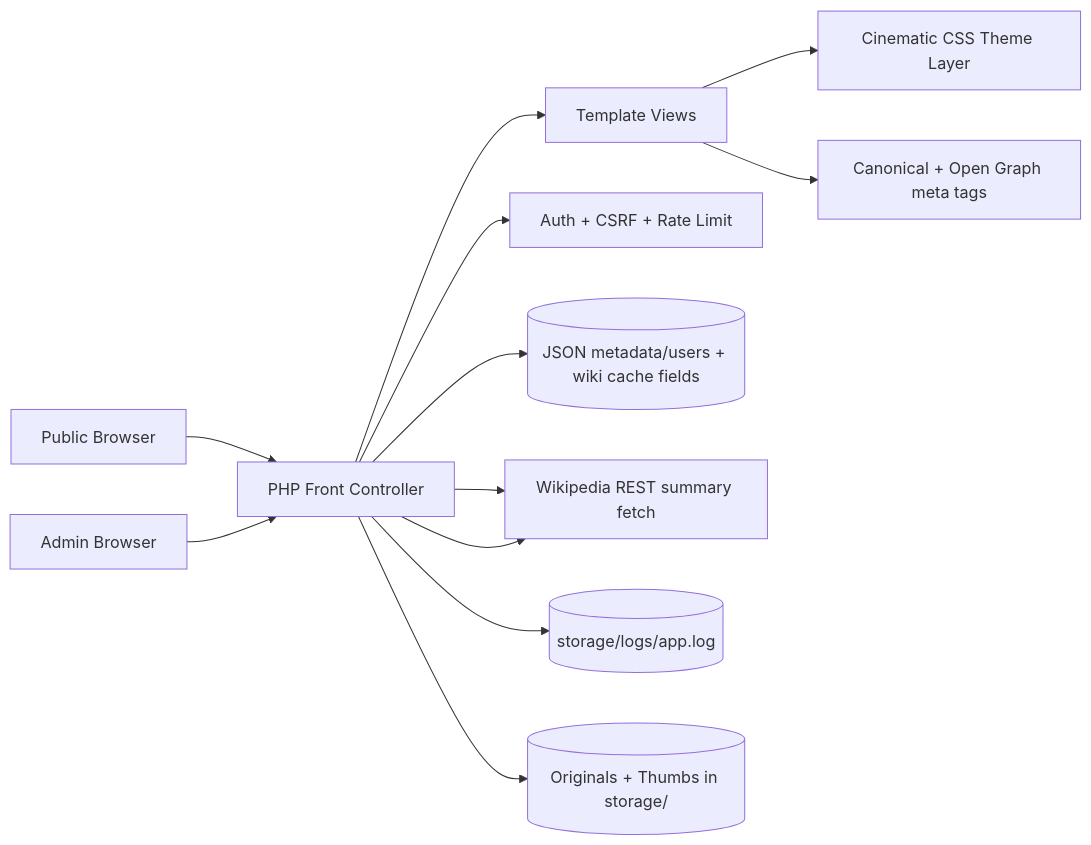
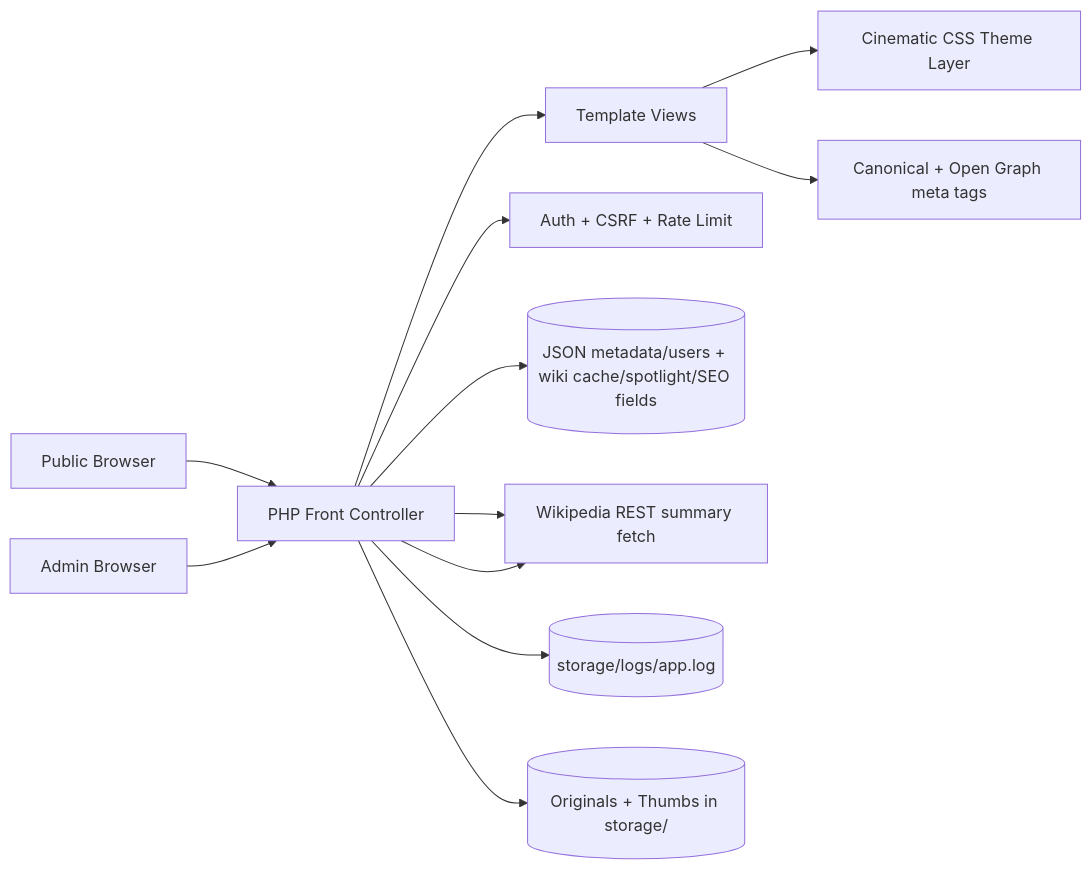
The third of 3 diagrams in README.md (smeird/images), drawn with Mermaid before and after one commit. The commit also changed other lines of this file and 7 other files, not shown here.

First line of the commit message:
Update task tracker for admin metadata and spotlight work

````diff
--- a/README.md
+++ b/README.md
@@ -181,14 +186,14 @@
 ```mermaid
 graph LR
   U[Public Browser] --> APP[PHP Front Controller]
   A[Admin Browser] --> APP
   APP --> VIEWS[Template Views]
   VIEWS --> THEME[Cinematic CSS Theme Layer]
   VIEWS --> SEO[Canonical + Open Graph meta tags]
   APP --> SEC[Auth + CSRF + Rate Limit]
-  APP --> DATA[(JSON metadata/users + wiki cache fields)]
+  APP --> DATA[(JSON metadata/users + wiki cache/spotlight/SEO fields)]
   APP --> WIKI[Wikipedia REST summary API]
   APP --> LOGS[(storage/logs/app.log)]
   APP --> IMG[(Originals + Thumbs in storage/)]
   APP --> WIKI[Wikipedia REST summary fetch]
 ```
````
